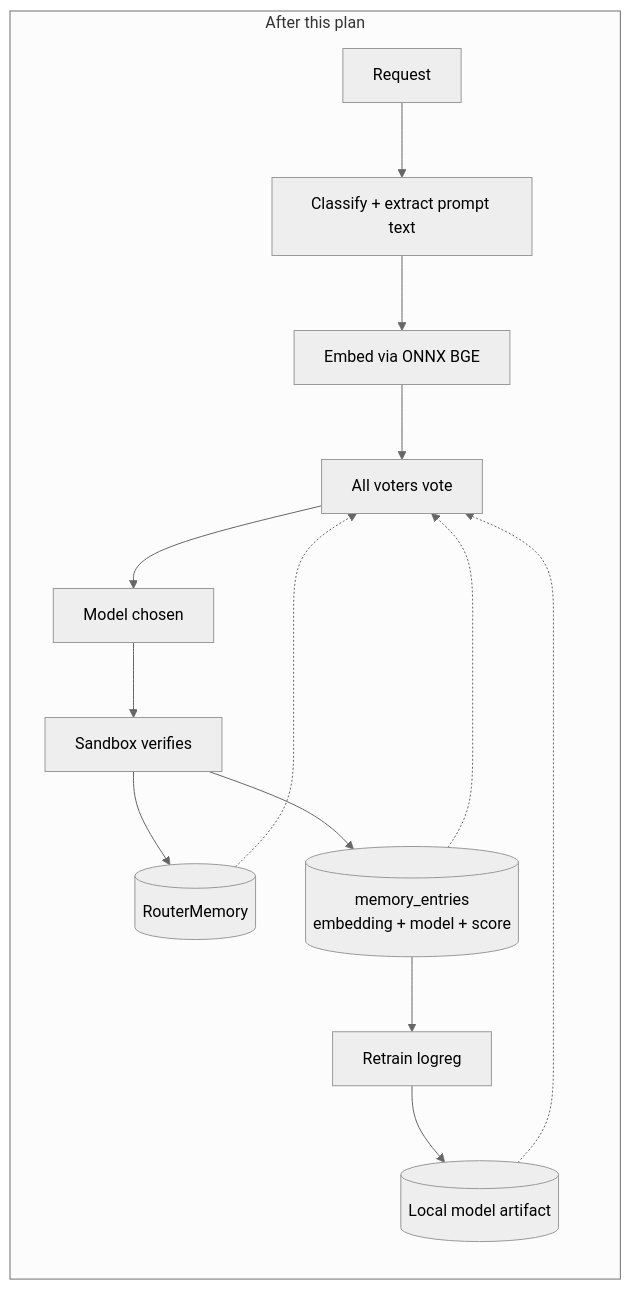
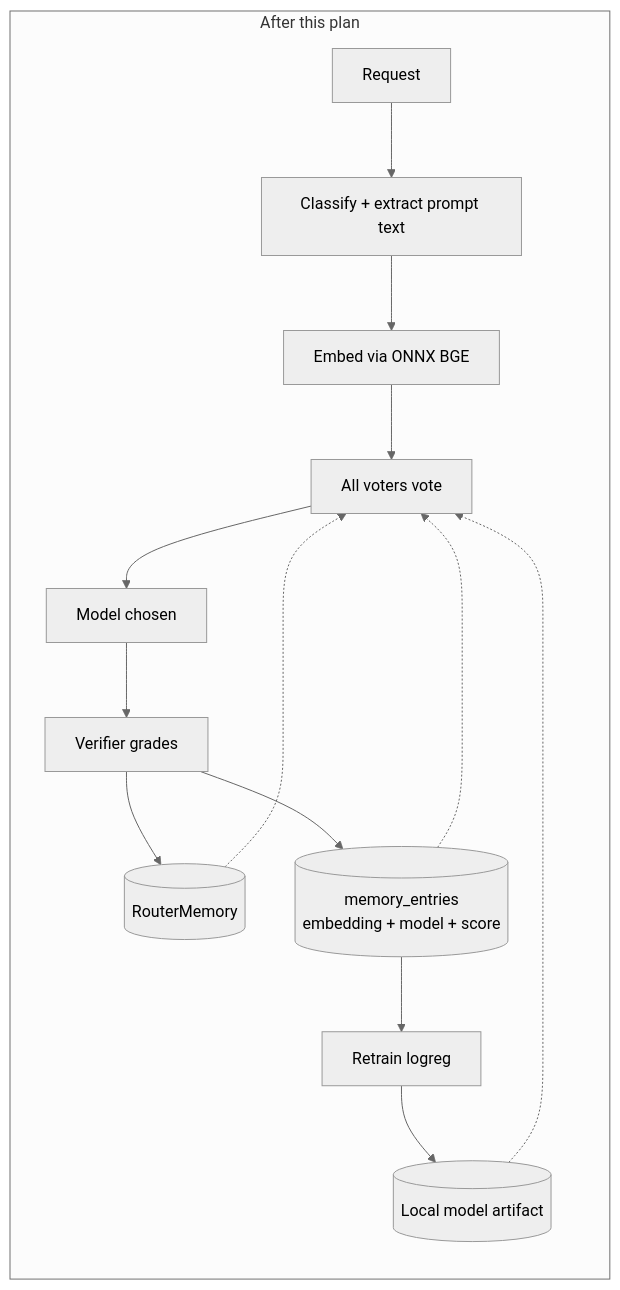
Before and after one commit to davidpizon/TotallyHot-ArcRouter: the second of 2 diagrams in docs/router/live-feedback-learning-plan.md, drawn with Mermaid (neutral theme). The commit also changed other lines of this file and 238 other files, not shown here.

````diff
--- a/docs/router/live-feedback-learning-plan.md
+++ b/docs/router/live-feedback-learning-plan.md
@@ -99,17 +99,17 @@
 ```mermaid
 flowchart LR
     subgraph target["After this plan"]
         A2[Request] --> B2[Classify + extract prompt text]
         B2 --> C2[Embed via ONNX BGE]
         C2 --> D2[All voters vote]
         D2 --> E2[Model chosen]
-        E2 --> F2[Sandbox verifies]
+        E2 --> F2[Verifier grades]
         F2 --> G2[(RouterMemory)]
         F2 --> H2[(memory_entries<br/>embedding + model + score)]
         G2 -.-> D2
         H2 -.-> D2
         H2 --> I2[Retrain logreg]
         I2 --> J2[(Local model artifact)]
         J2 -.-> D2
     end
 ```
````
